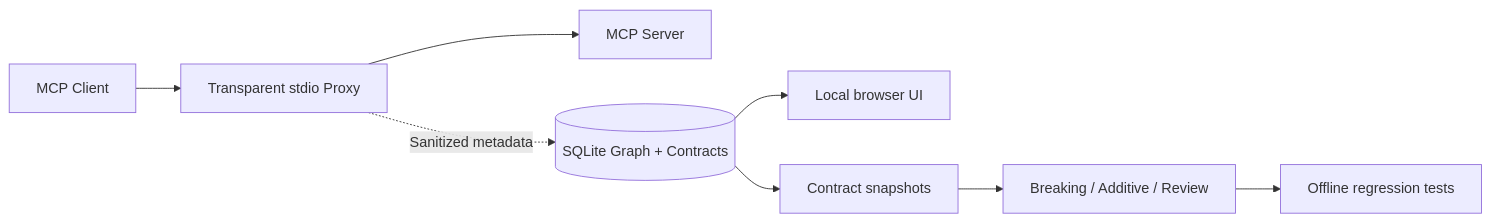
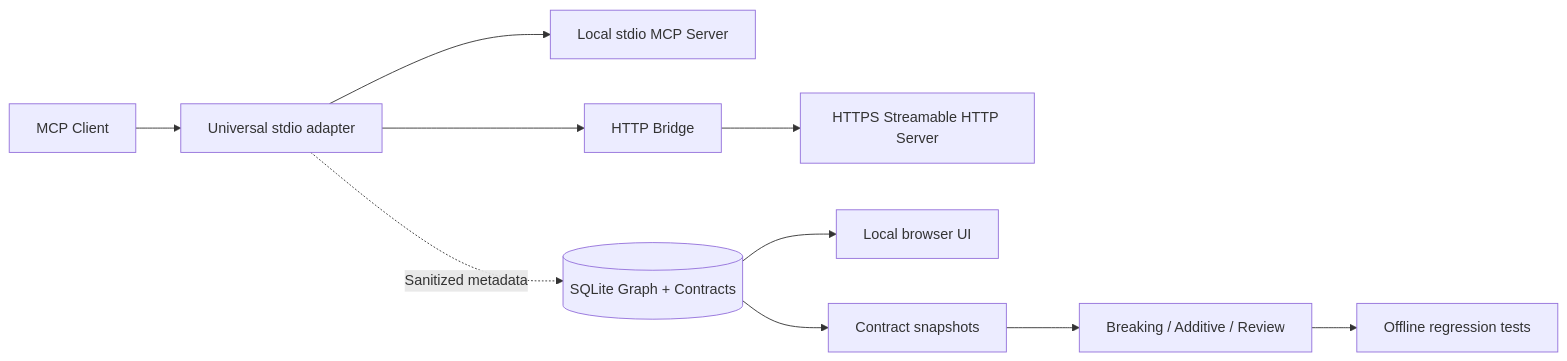
The diagram in agentic/README.md (jandromani/faraday), drawn with Mermaid before and after one commit. The commit also changed other lines of this file and 6 other files, not shown here.

Commit message:
feat(agentic): Build 005 universal MCP HTTP adapter, onboarding and tests

````diff
--- a/agentic/README.md
+++ b/agentic/README.md
@@ -115,10 +119,12 @@
 ```mermaid
 flowchart LR
-  Client[MCP Client] --> Proxy[Transparent stdio Proxy]
-  Proxy --> Real[MCP Server]
-  Proxy -. Sanitized metadata .-> DB[(SQLite Graph + Contracts)]
+  Client[MCP Client] --> Adapter[Universal stdio adapter]
+  Adapter --> Local[Local stdio MCP Server]
+  Adapter --> Bridge[HTTP Bridge]
+  Bridge --> Remote[HTTPS Streamable HTTP Server]
+  Adapter -. Sanitized metadata .-> DB[(SQLite Graph + Contracts)]
   DB --> UI[Local browser UI]
   DB --> Snapshot[Contract snapshots]
   Snapshot --> Diff[Breaking / Additive / Review]
   Diff --> Tests[Offline regression tests]
 ```
````
